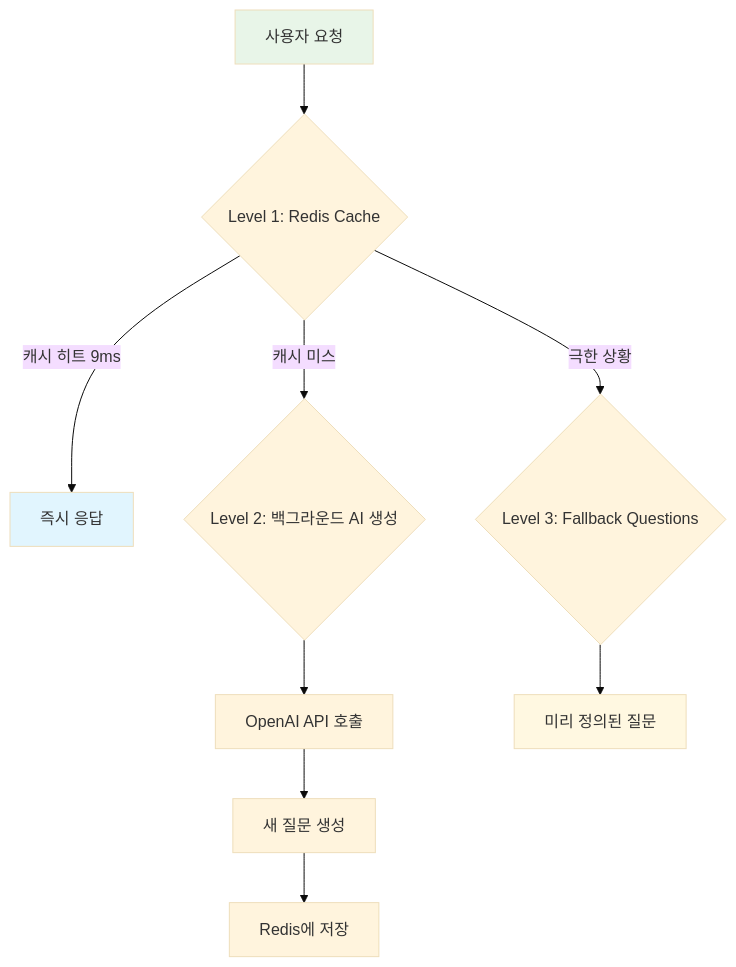
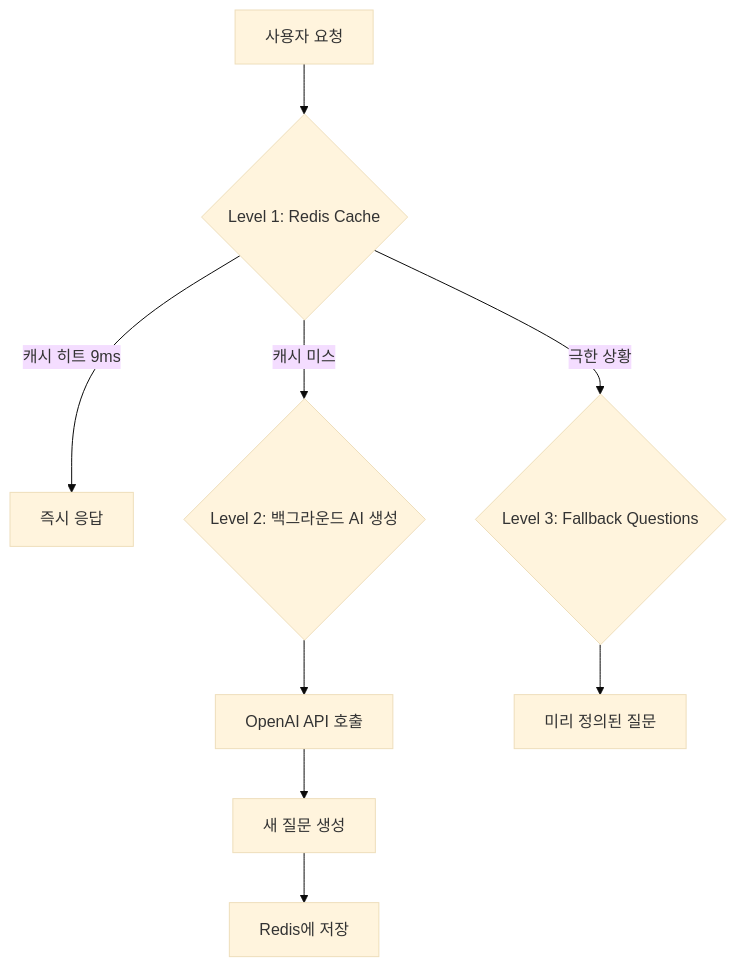
The first of 5 diagrams in README.md (CHALLKATHON-Official/2025_CHALLKATHON_CAFFEINEADDICT_BE), drawn with Mermaid (base theme) before and after one commit. The commit also changed other lines of this file, not shown here.

Commit message:
:memo: docs(README): update diagram syntax and remove styling for clarity

````diff
--- a/README.md
+++ b/README.md
@@ -202,15 +202,11 @@
 ```mermaid
-graph TD
+flowchart TD
     A[사용자 요청] --> B{Level 1: Redis Cache}
     B -->|캐시 히트 9ms| C[즉시 응답]
     B -->|캐시 미스| D{Level 2: 백그라운드 AI 생성}
     D --> E[OpenAI API 호출]
     E --> F[새 질문 생성]
     F --> G[Redis에 저장]
     B -->|극한 상황| H{Level 3: Fallback Questions}
     H --> I[미리 정의된 질문]
-    
-    style A fill:#e8f5e8
-    style C fill:#e1f5fe
-    style I fill:#fff8e1
 ```
````
